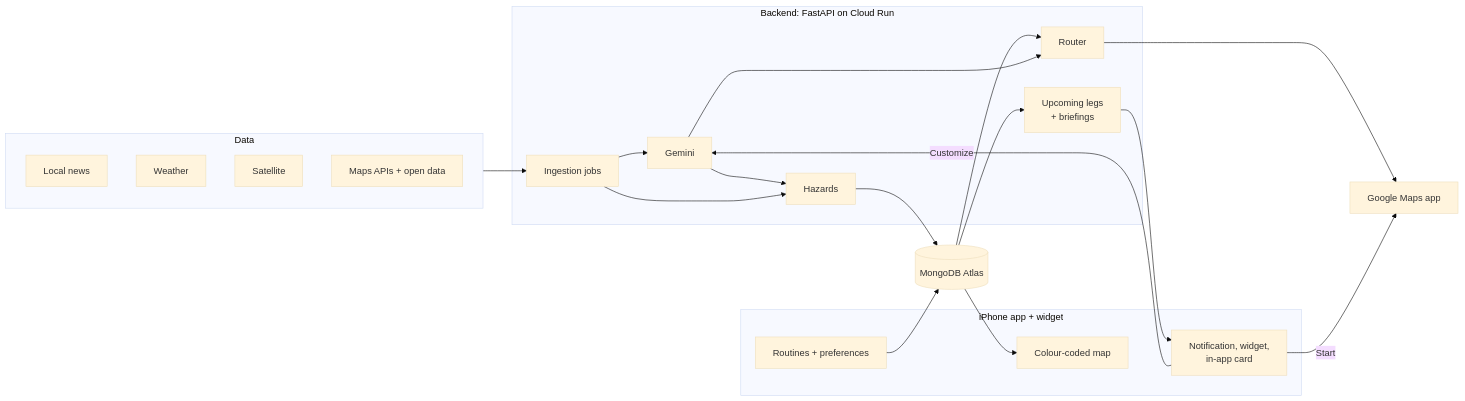
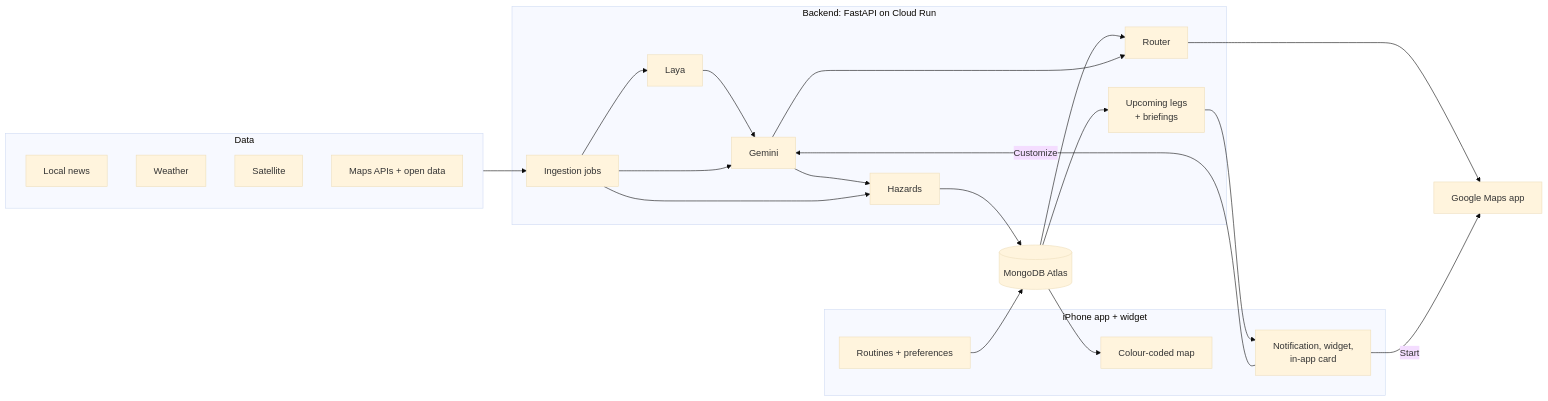
One commit to TomasPessagno/mapay changed the third of 3 diagrams in README.md. Above: the diagram before and after it, drawn with Mermaid (base theme). The commit also changed other lines of this file and 4 other files, not shown here.

````diff
--- a/README.md
+++ b/README.md
@@ -227,38 +227,40 @@
 ```mermaid
 flowchart LR
     subgraph Data
         NEWS[Local news]
         WX[Weather]
         SAT[Satellite]
         MAPS[Maps APIs + open data]
     end
 
     subgraph Backend[Backend: FastAPI on Cloud Run]
         ING[Ingestion jobs]
+        LAYA[Laya]
         GEM[Gemini]
         HAZ[Hazards]
         ROUTER[Router]
         UP[Upcoming legs<br/>+ briefings]
     end
 
     DB[(MongoDB Atlas)]
 
     subgraph iPhone[iPhone app + widget]
         MAP[Colour-coded map]
         ROUT[Routines + preferences]
         HEADS[Notification, widget,<br/>in-app card]
     end
 
     Data --> ING
+    ING --> LAYA --> GEM
     ING --> GEM --> HAZ
     ING --> HAZ
     HAZ --> DB
     DB --> MAP
     ROUT --> DB
     DB --> UP --> HEADS
     DB --> ROUTER
     HEADS -->|Customize| GEM
     GEM --> ROUTER
     ROUTER --> GMAPS[Google Maps app]
     HEADS -->|Start| GMAPS
 ```
````
